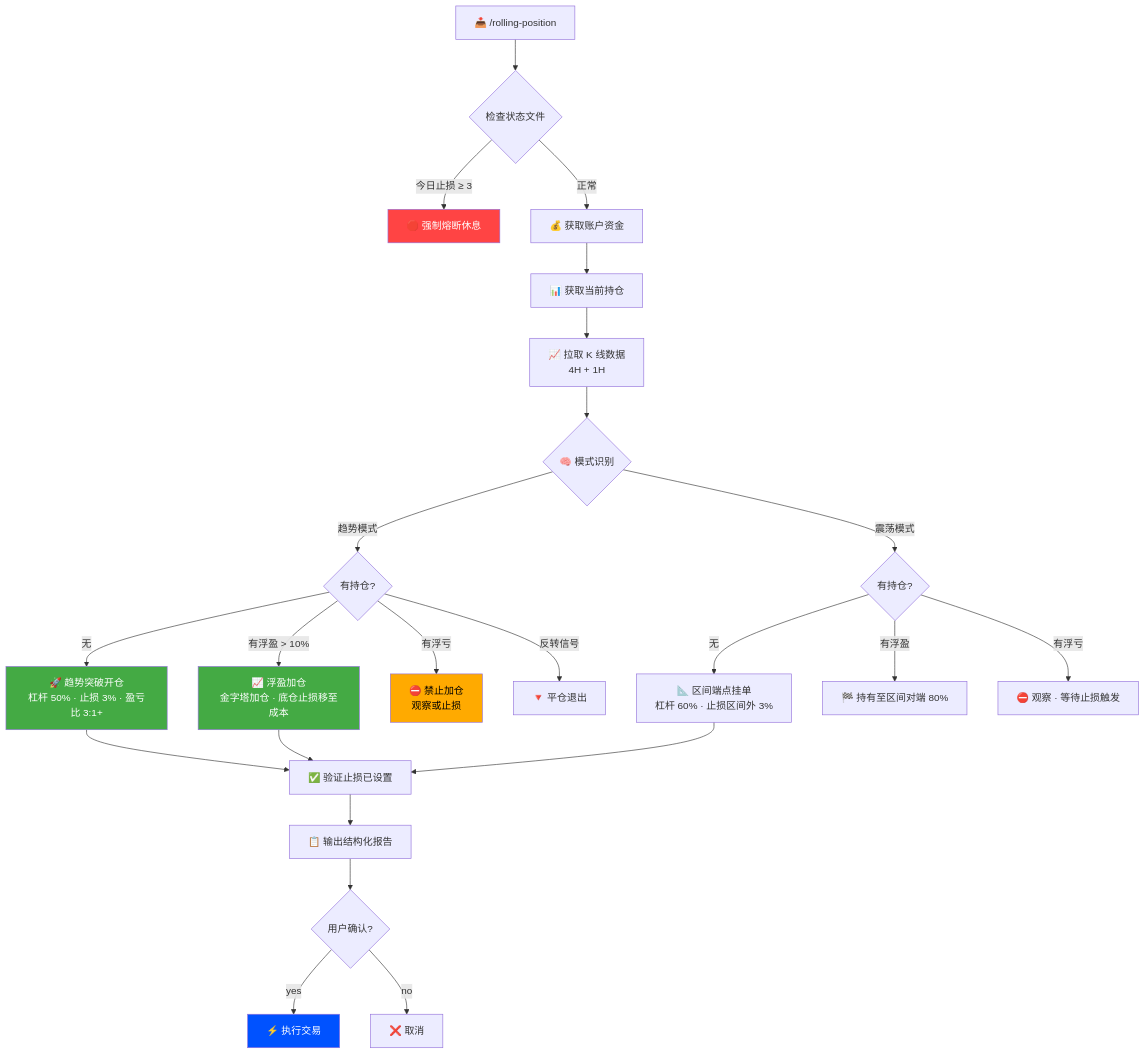
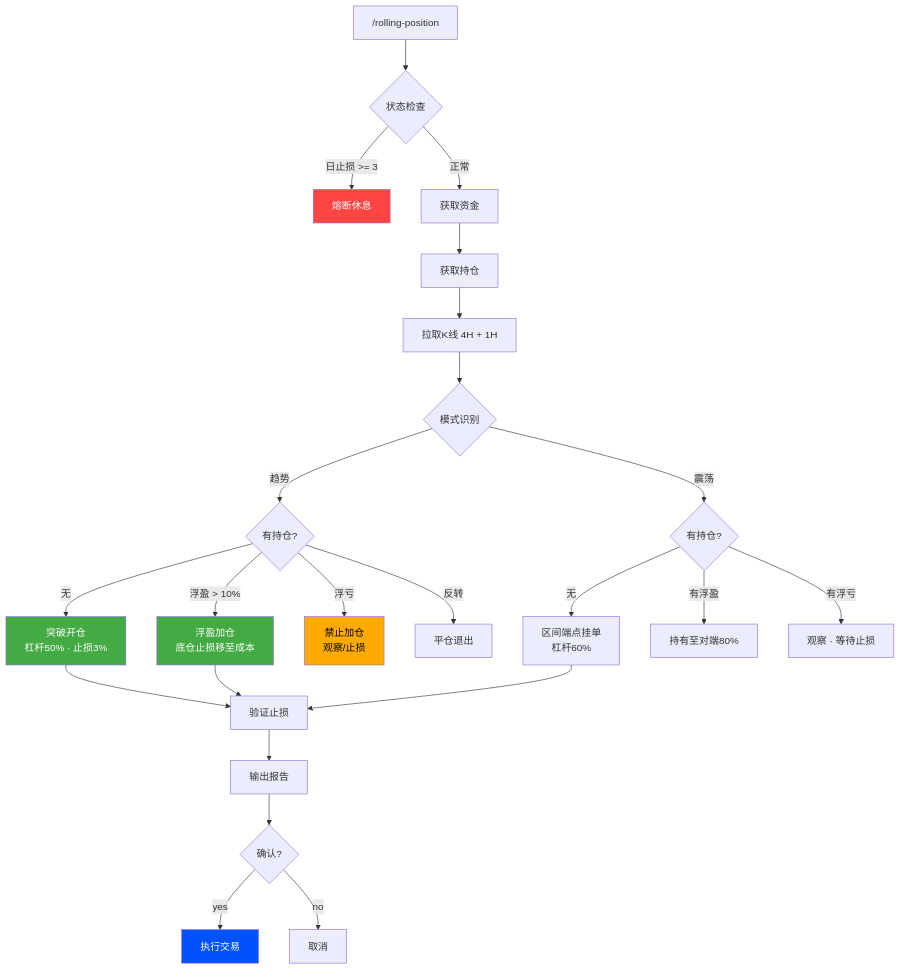
Before and after one commit to kime2026/rolling-position-mgbx: the first of 2 diagrams in README.md, drawn with Mermaid. The commit also changed other lines of this file, not shown here.

````diff
--- a/README.md
+++ b/README.md
@@ -47,36 +37,36 @@
 ```mermaid
 flowchart TD
-    A[📥 /rolling-position] --> B{检查状态文件}
-    B -->|今日止损 ≥ 3| Z[🛑 强制熔断休息]
-    B -->|正常| C[💰 获取账户资金]
-    C --> D[📊 获取当前持仓]
-    D --> E[📈 拉取 K 线数据<br/>4H + 1H]
-    E --> F{🧠 模式识别}
+    A["/rolling-position"] --> B{状态检查}
+    B -->|"日止损 >= 3"| Z["熔断休息"]
+    B -->|正常| C[获取资金]
+    C --> D[获取持仓]
+    D --> E["拉取K线 4H + 1H"]
+    E --> F{模式识别}
 
-    F -->|趋势模式| G{有持仓?}
-    F -->|震荡模式| H{有持仓?}
+    F -->|趋势| G{有持仓?}
+    F -->|震荡| H{有持仓?}
 
-    G -->|无| G1[🚀 趋势突破开仓<br/>杠杆 50% · 止损 3% · 盈亏比 3:1+]
-    G -->|有浮盈 > 10%| G2[📈 浮盈加仓<br/>金字塔加仓 · 底仓止损移至成本]
-    G -->|有浮亏| G3[⛔ 禁止加仓<br/>观察或止损]
-    G -->|反转信号| G4[🔻 平仓退出]
+    G -->|无| G1["突破开仓<br/>杠杆50% · 止损3%"]
+    G -->|"浮盈 > 10%"| G2["浮盈加仓<br/>底仓止损移至成本"]
+    G -->|浮亏| G3["禁止加仓<br/>观察/止损"]
+    G -->|反转| G4[平仓退出]
 
-    H -->|无| H1[📐 区间端点挂单<br/>杠杆 60% · 止损区间外 3%]
-    H -->|有浮盈| H2[🏁 持有至区间对端 80%]
-    H -->|有浮亏| H3[⛔ 观察 · 等待止损触发]
+    H -->|无| H1["区间端点挂单<br/>杠杆60%"]
+    H -->|有浮盈| H2["持有至对端80%"]
+    H -->|有浮亏| H3["观察 · 等待止损"]
 
-    G1 --> V[✅ 验证止损已设置]
+    G1 --> V[验证止损]
     G2 --> V
     H1 --> V
 
-    V --> R[📋 输出结构化报告]
-    R --> U{用户确认?}
-    U -->|yes| X[⚡ 执行交易]
-    U -->|no| Y[❌ 取消]
+    V --> R[输出报告]
+    R --> U{确认?}
+    U -->|yes| X[执行交易]
+    U -->|no| Y[取消]
 
     style Z fill:#ff4444,color:#fff
     style G3 fill:#ffaa00,color:#000
     style G1 fill:#44aa44,color:#fff
     style G2 fill:#44aa44,color:#fff
     style X fill:#0052FF,color:#fff
 ```
````
